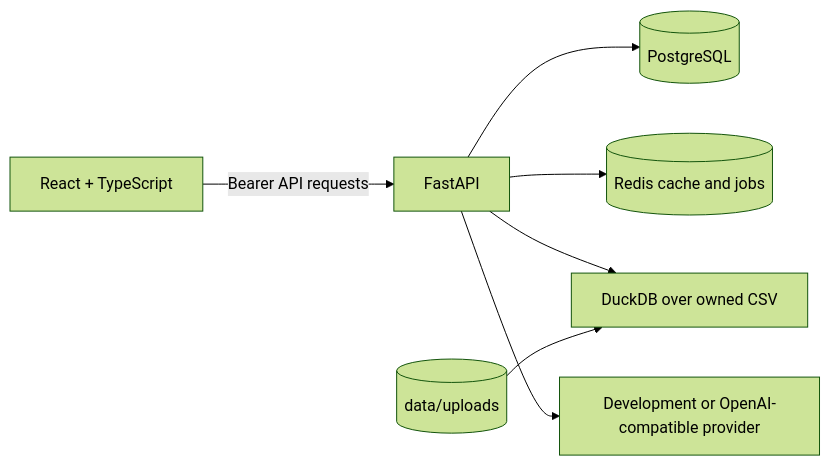
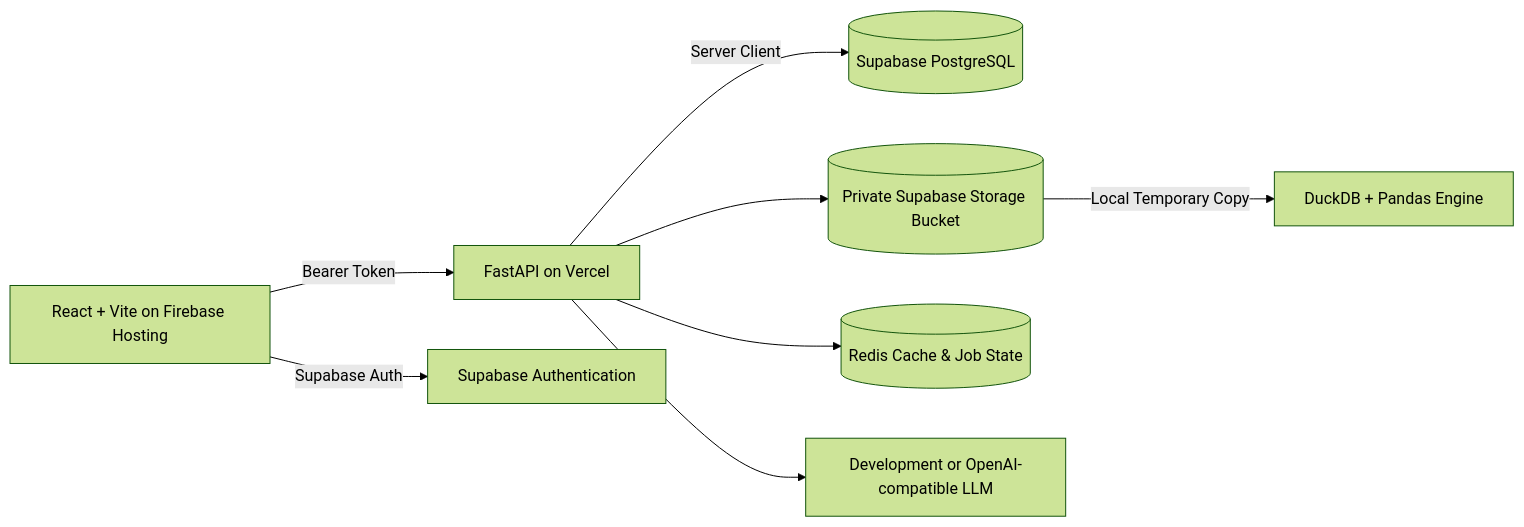
Before and after one commit to veerendra789/AI-Data-Analyst-Platform: the first of 2 diagrams in README.md, drawn with Mermaid (forest theme). The commit also changed other lines of this file and 77 other files, not shown here.

````diff
--- a/README.md
+++ b/README.md
@@ -187,9 +30,10 @@
 ```mermaid
 flowchart LR
-	Browser[React + TypeScript] -->|Bearer API requests| API[FastAPI]
-	API --> DB[(PostgreSQL)]
-	API --> Redis[(Redis cache and jobs)]
-	API --> DuckDB[DuckDB over owned CSV]
-	API --> Provider[Development or OpenAI-compatible provider]
-	Files[(data/uploads)] --> DuckDB
+	Browser[React + Vite on Firebase Hosting] -->|Bearer Token| API[FastAPI on Vercel]
+	Browser -->|Supabase Auth| Auth[Supabase Authentication]
+	API -->|Server Client| DB[(Supabase PostgreSQL)]
+	API --> Storage[(Private Supabase Storage Bucket)]
+	API --> Redis[(Redis Cache & Job State)]
+	Storage -->|Local Temporary Copy| DuckDB[DuckDB + Pandas Engine]
+	API --> Provider[Development or OpenAI-compatible LLM]
 ```
````
